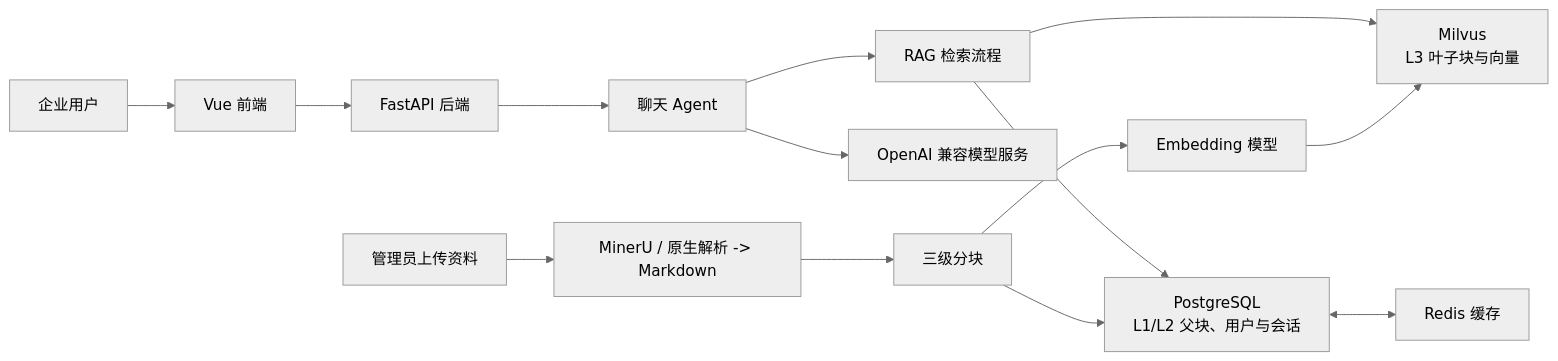
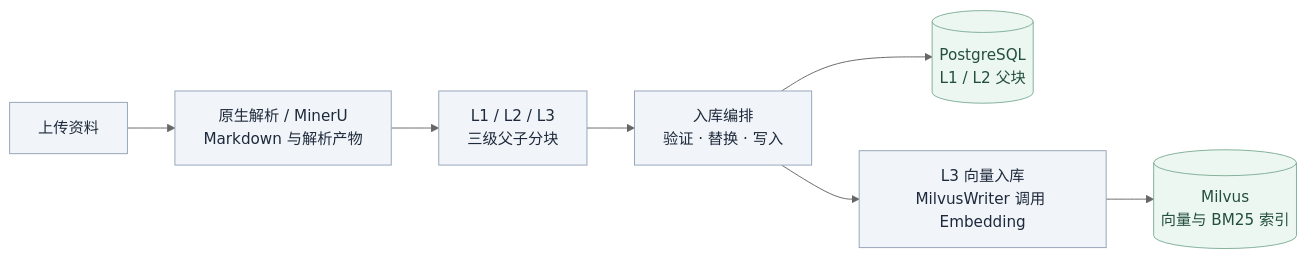
Before and after one commit to w402116500/SuperNew: the first of 3 diagrams in README.md, drawn with Mermaid (neutral theme). The commit also changed other lines of this file, not shown here.

Commit message:
docs: 重写 README,改用 SuperMew 品牌并补充入库/问答流程图

````diff
--- a/README.md
+++ b/README.md
@@ -21,17 +23,13 @@
 ```mermaid
 flowchart LR
-    U["企业用户"] --> FE["Vue 前端"]
-    FE --> API["FastAPI 后端"]
-    API --> AGENT["聊天 Agent"]
-    AGENT --> RAG["RAG 检索流程"]
-    RAG --> MV["Milvus\nL3 叶子块与向量"]
-    RAG --> PG["PostgreSQL\nL1/L2 父块、用户与会话"]
-    PG <--> REDIS["Redis 缓存"]
-    AGENT --> LLM["OpenAI 兼容模型服务"]
-
-    ADMIN["管理员上传资料"] --> PARSE["MinerU / 原生解析 -> Markdown"]
-    PARSE --> CHUNK["三级分块"]
-    CHUNK --> PG
-    CHUNK --> EMB["Embedding 模型"]
-    EMB --> MV
+    FILE["上传资料"] --> PARSE["原生解析 / MinerU<br/>Markdown 与解析产物"]
+    PARSE --> CHUNK["L1 / L2 / L3<br/>三级父子分块"]
+    CHUNK --> INGEST["入库编排<br/>验证 · 替换 · 写入"]
+    INGEST --> PG[("PostgreSQL<br/>L1 / L2 父块")]
+    INGEST --> WRITER["L3 向量入库<br/>MilvusWriter 调用 Embedding"]
+    WRITER --> MV[("Milvus<br/>向量与 BM25 索引")]
+    classDef process fill:#f1f5f9,stroke:#94a3b8,color:#1e293b
+    classDef store fill:#edf7f2,stroke:#7fae97,color:#234f3f
+    class FILE,PARSE,CHUNK,INGEST,WRITER process
+    class PG,MV store
 ```
````
